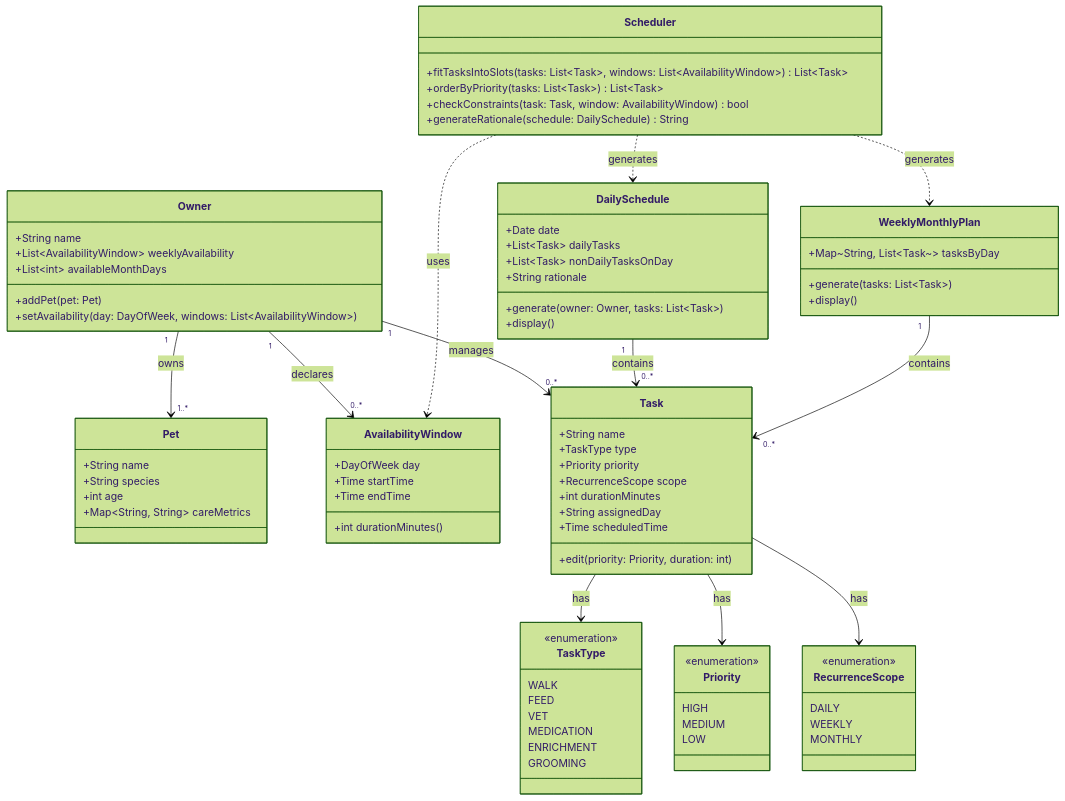
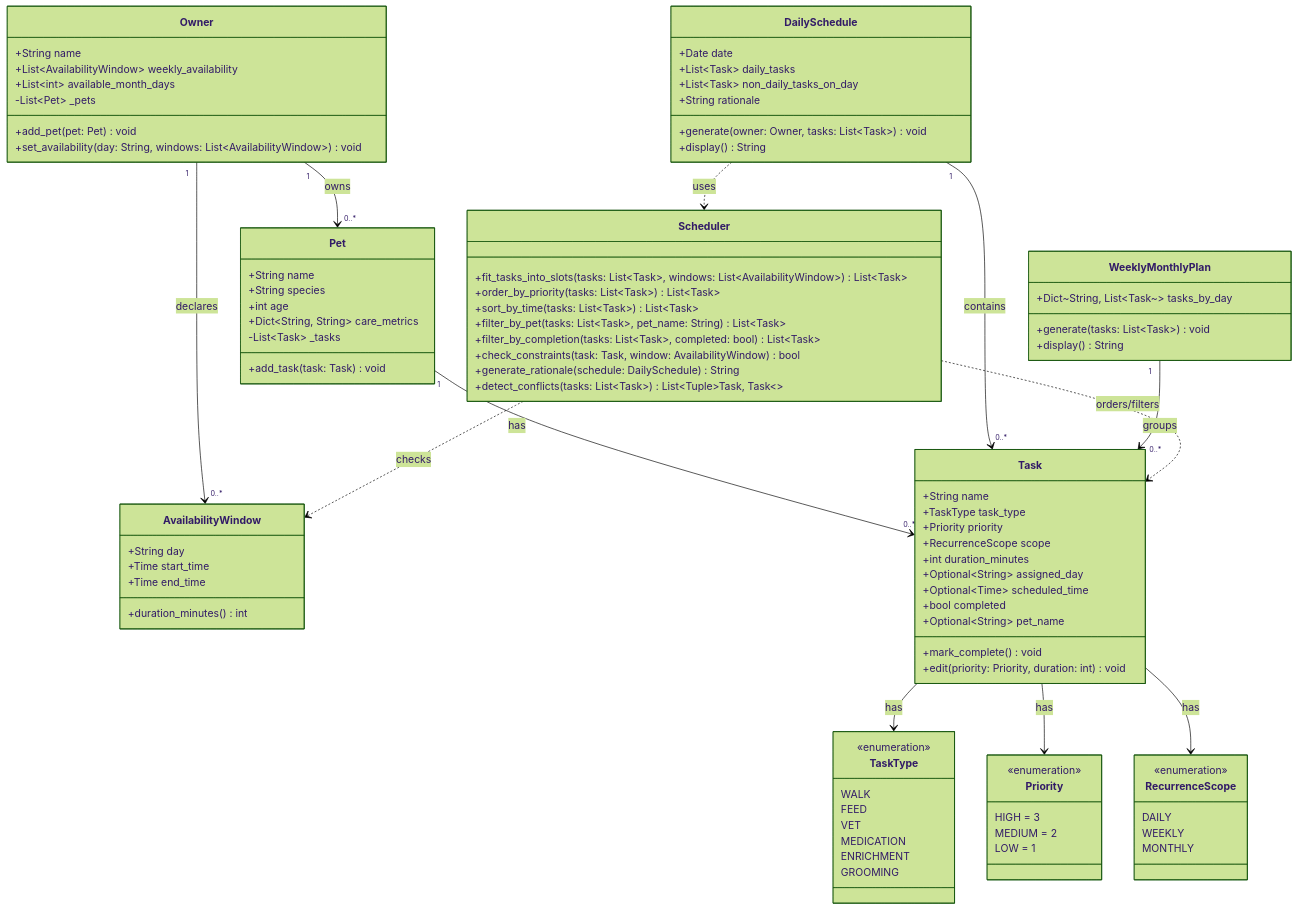
Before and after one commit to codepath/ai110-module2show-pawpal-starter: the diagram in pawpal_uml.md, drawn with Mermaid (forest theme). The commit also changed 2 other files, not shown here.

Commit message:
Implement Streamlit UI, extend Scheduler, and update UML
- app.py: Replace placeholder UI with full Streamlit app (owner setup,
  pet management, task scheduling, daily schedule generation)
- pawpal_system.py: Add pet_name field to Task, auto-assign pet name
  in Pet.add_task, add sort_by_time, filter_by_pet,
  filter_by_completion, and detect_conflicts methods to Scheduler
- pawpal_uml.md: Update class diagram to match implementation
  (snake_case naming, new Scheduler methods, revised relationships)

````diff
--- a/pawpal_uml.md
+++ b/pawpal_uml.md
@@ -4,35 +4,41 @@
 classDiagram
     class Owner {
         +String name
-        +List~AvailabilityWindow~ weeklyAvailability
-        +List~int~ availableMonthDays
-        +addPet(pet: Pet)
-        +setAvailability(day: DayOfWeek, windows: List~AvailabilityWindow~)
+        +List~AvailabilityWindow~ weekly_availability
+        +List~int~ available_month_days
+        -List~Pet~ _pets
+        +add_pet(pet: Pet) void
+        +set_availability(day: String, windows: List~AvailabilityWindow~) void
     }
 
     class Pet {
         +String name
         +String species
         +int age
-        +Map~String, String~ careMetrics
+        +Dict~String, String~ care_metrics
+        -List~Task~ _tasks
+        +add_task(task: Task) void
     }
 
     class AvailabilityWindow {
-        +DayOfWeek day
-        +Time startTime
-        +Time endTime
-        +int durationMinutes()
+        +String day
+        +Time start_time
+        +Time end_time
+        +duration_minutes() int
     }
 
     class Task {
         +String name
-        +TaskType type
+        +TaskType task_type
         +Priority priority
         +RecurrenceScope scope
-        +int durationMinutes
-        +String assignedDay
-        +Time scheduledTime
-        +edit(priority: Priority, duration: int)
+        +int duration_minutes
+        +Optional~String~ assigned_day
+        +Optional~Time~ scheduled_time
+        +bool completed
+        +Optional~String~ pet_name
+        +mark_complete() void
+        +edit(priority: Priority, duration: int) void
     }
 
     class TaskType {
@@ -47,9 +53,9 @@
 
     class Priority {
         <<enumeration>>
-        HIGH
-        MEDIUM
-        LOW
+        HIGH = 3
+        MEDIUM = 2
+        LOW = 1
     }
 
     class RecurrenceScope {
@@ -61,35 +67,39 @@
 
     class DailySchedule {
         +Date date
-        +List~Task~ dailyTasks
-        +List~Task~ nonDailyTasksOnDay
+        +List~Task~ daily_tasks
+        +List~Task~ non_daily_tasks_on_day
         +String rationale
-        +generate(owner: Owner, tasks: List~Task~)
-        +display()
+        +generate(owner: Owner, tasks: List~Task~) void
+        +display() String
     }
 
     class WeeklyMonthlyPlan {
-        +Map~String, List~Task~~ tasksByDay
-        +generate(tasks: List~Task~)
-        +display()
+        +Dict~String, List~Task~~ tasks_by_day
+        +generate(tasks: List~Task~) void
+        +display() String
     }
 
     class Scheduler {
-        +fitTasksIntoSlots(tasks: List~Task~, windows: List~AvailabilityWindow~) List~Task~
-        +orderByPriority(tasks: List~Task~) List~Task~
-        +checkConstraints(task: Task, window: AvailabilityWindow) bool
-        +generateRationale(schedule: DailySchedule) String
+        +fit_tasks_into_slots(tasks: List~Task~, windows: List~AvailabilityWindow~) List~Task~
+        +order_by_priority(tasks: List~Task~) List~Task~
+        +sort_by_time(tasks: List~Task~) List~Task~
+        +filter_by_pet(tasks: List~Task~, pet_name: String) List~Task~
+        +filter_by_completion(tasks: List~Task~, completed: bool) List~Task~
+        +check_constraints(task: Task, window: AvailabilityWindow) bool
+        +generate_rationale(schedule: DailySchedule) String
+        +detect_conflicts(tasks: List~Task~) List~Tuple~Task, Task~~
     }
 
-    Owner "1" --> "1..*" Pet : owns
+    Owner "1" --> "0..*" Pet : owns
     Owner "1" --> "0..*" AvailabilityWindow : declares
-    Owner "1" --> "0..*" Task : manages
+    Pet "1" --> "0..*" Task : has
     Task --> TaskType : has
     Task --> Priority : has
     Task --> RecurrenceScope : has
     DailySchedule "1" --> "0..*" Task : contains
-    WeeklyMonthlyPlan "1" --> "0..*" Task : contains
-    Scheduler ..> DailySchedule : generates
-    Scheduler ..> WeeklyMonthlyPlan : generates
-    Scheduler ..> AvailabilityWindow : uses
+    DailySchedule ..> Scheduler : uses
+    WeeklyMonthlyPlan "1" --> "0..*" Task : groups
+    Scheduler ..> AvailabilityWindow : checks
+    Scheduler ..> Task : orders/filters
 ```
````
